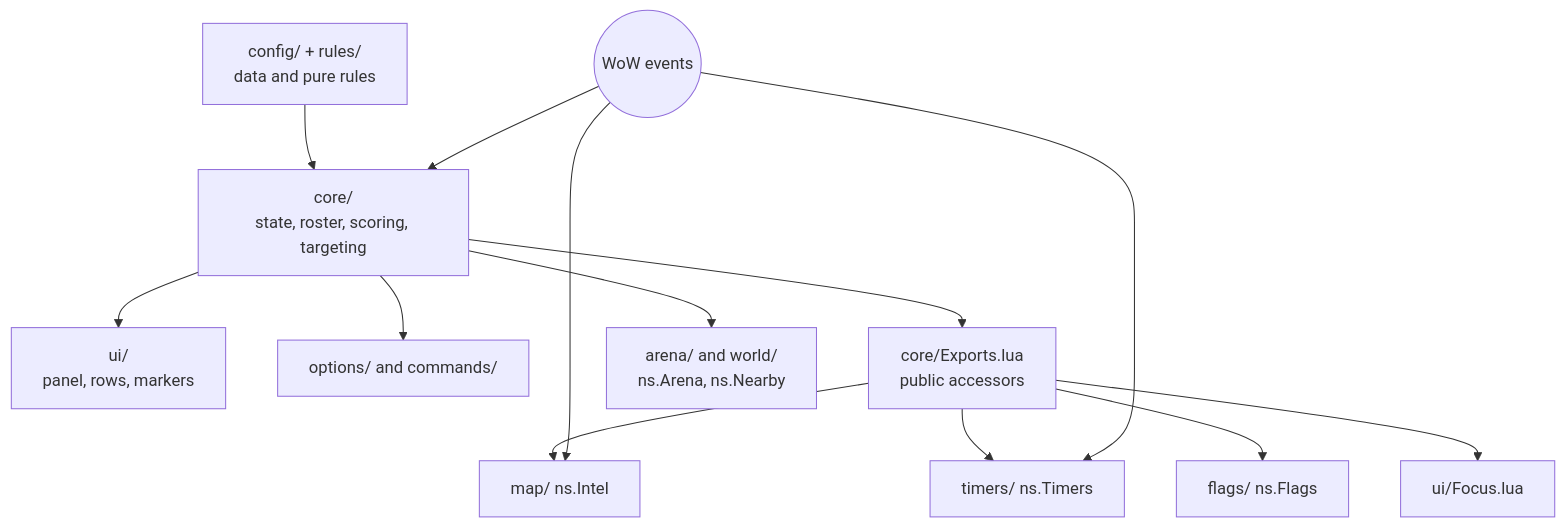
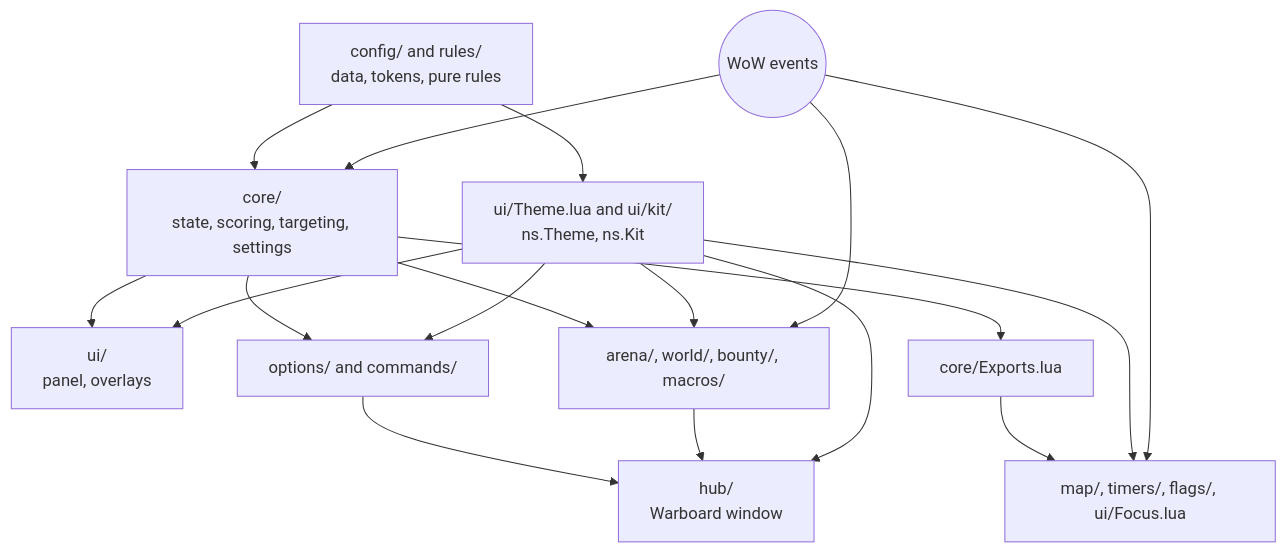
One commit to kemicofa/highground changed the second of 2 diagrams in docs/development.md. Above: the diagram before and after it, drawn with Mermaid. The commit also changed other lines of this file and 13 other files, not shown here.

````diff
--- a/docs/development.md
+++ b/docs/development.md
@@ -74,15 +74,13 @@
 ```mermaid
 flowchart TD
-  CFG[config/ + rules/<br/>data and pure rules] --> CORE[core/<br/>state, roster, scoring, targeting]
-  CORE --> UI[ui/<br/>panel, rows, markers]
+  CFG[config/ and rules/<br/>data, tokens, pure rules] --> CORE[core/<br/>state, scoring, targeting, settings]
+  CFG --> THEME[ui/Theme.lua and ui/kit/<br/>ns.Theme, ns.Kit]
+  CORE --> UI[ui/<br/>panel, overlays]
   CORE --> OPT[options/ and commands/]
-  CORE --> EXP[core/Exports.lua<br/>public accessors]
-  EXP --> MAP[map/ ns.Intel]
-  EXP --> TIM[timers/ ns.Timers]
-  EXP --> FLG[flags/ ns.Flags]
-  CORE --> ARN[arena/ and world/<br/>ns.Arena, ns.Nearby]
-  EXP --> FOC[ui/Focus.lua]
-  EVT((WoW events)) --> CORE
-  EVT --> MAP
-  EVT --> TIM
+  CORE --> EXP[core/Exports.lua]
+  EXP --> SUB[map/, timers/, flags/, ui/Focus.lua]
+  CORE --> FEAT[arena/, world/, bounty/, macros/]
+  OPT & FEAT --> HUB[hub/<br/>Warboard window]
+  THEME --> UI & OPT & SUB & FEAT & HUB
+  EVT((WoW events)) --> CORE & SUB & FEAT
 ```
````
